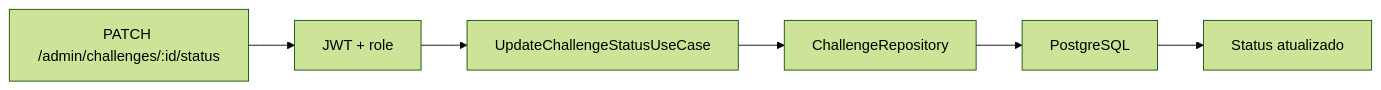
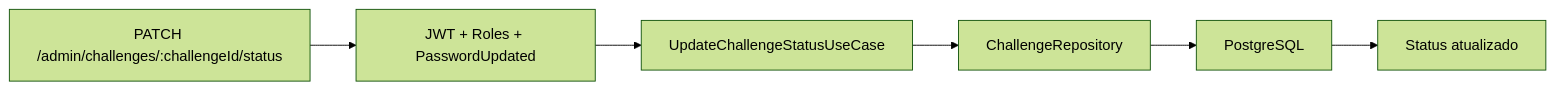
One commit to thaissacarvalho/Catalisa changed the second of 2 diagrams in docs/flows/modules/challenges.md. Above: the diagram before and after it, drawn with Mermaid (forest theme). The commit also changed other lines of this file and 18 other files, not shown here.

```diff
--- a/docs/flows/modules/challenges.md
+++ b/docs/flows/modules/challenges.md
@@ -20,8 +20,8 @@
 ~~~mermaid
 flowchart LR
-  A[PATCH /admin/challenges/:id/status] --> B[JWT + role]
+  A[PATCH /admin/challenges/:challengeId/status] --> B[JWT + Roles + PasswordUpdated]
   B --> C[UpdateChallengeStatusUseCase]
   C --> D[ChallengeRepository]
   D --> E[PostgreSQL]
   E --> F[Status atualizado]
 ~~~
```
